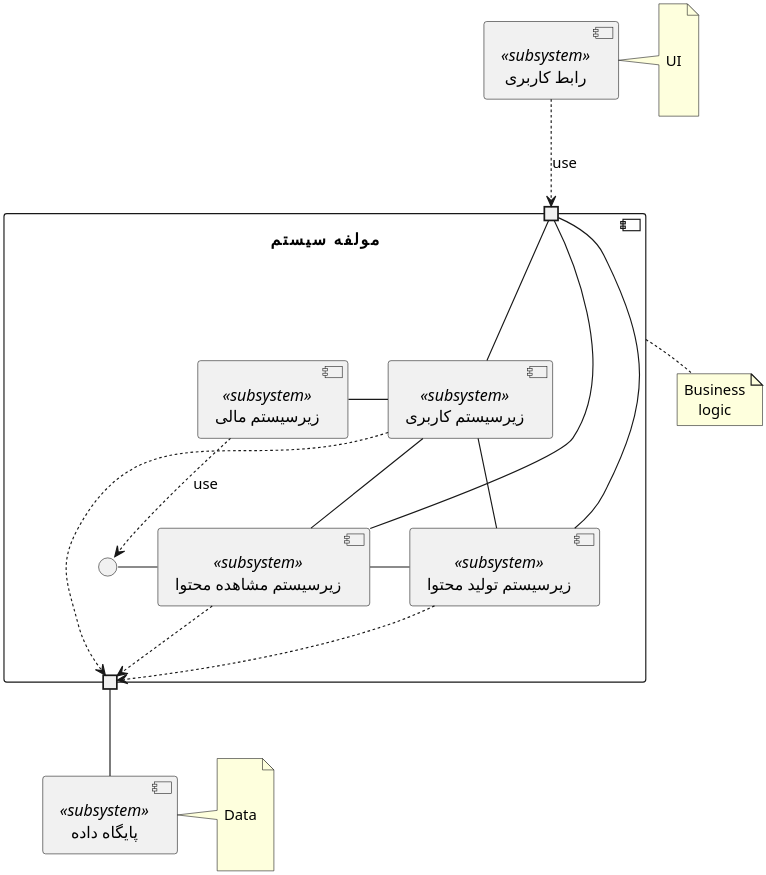
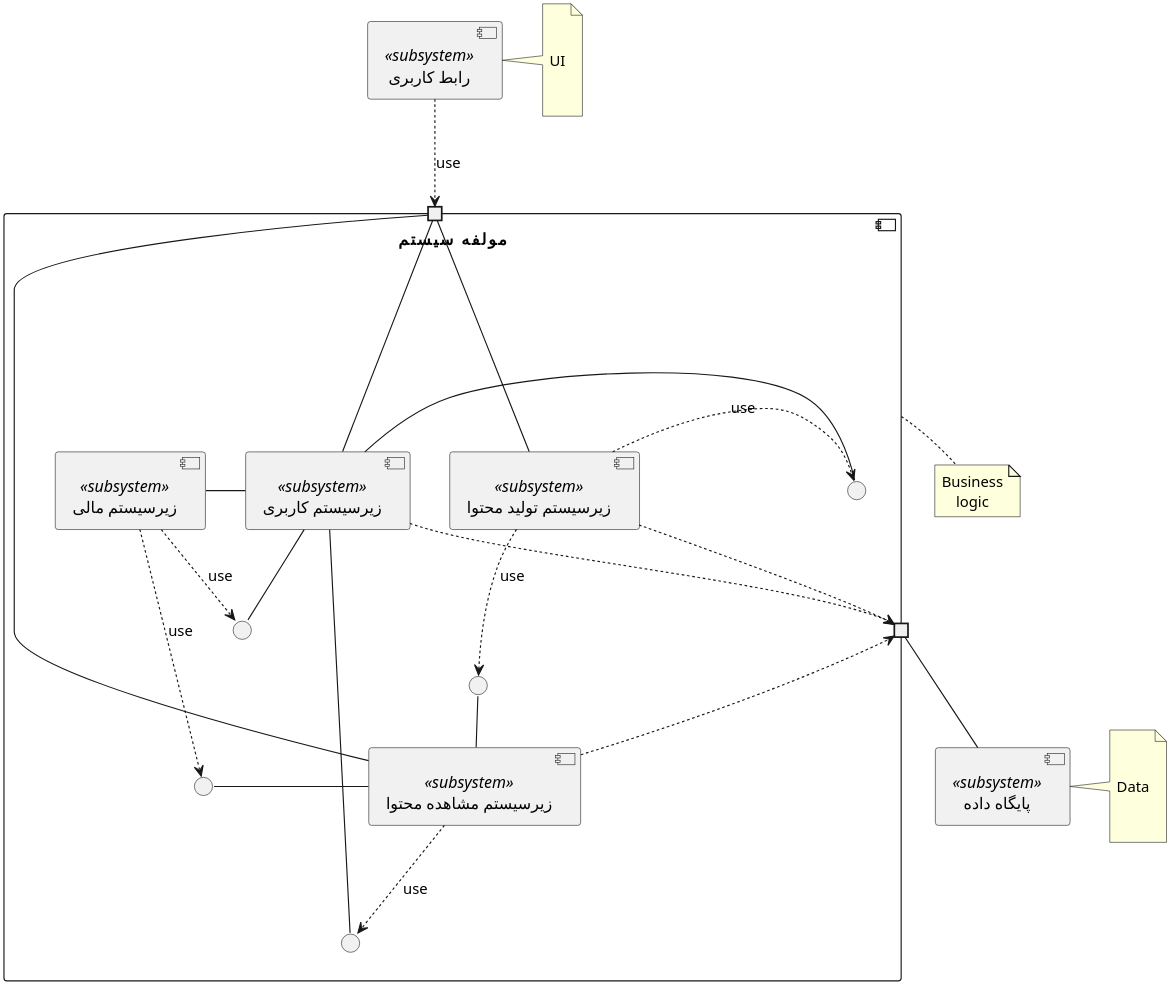
One commit to soleyman79/Qasedak changed the diagram in Diagrams/Component/component.puml. Above: the diagram before and after it, drawn with PlantUML.

Commit message:
Update component diagram with new interfaces

```diff
--- a/Diagrams/Component/component.puml
+++ b/Diagrams/Component/component.puml
@@ -1,67 +1,79 @@
 @startuml component
 
 
 scale 3
 skinparam DefaultFontName Vazir
 skinparam DefaultTextAlignment center
 
 
 component "مولفه سیستم" as modelComp {
     component "زیرسیستم کاربری" <<subsystem>> as userComp
     component "زیرسیستم تولید محتوا" <<subsystem>> as produceComp
     component "زیرسیستم مشاهده محتوا" <<subsystem>> as viewComp
     component "زیرسیستم مالی" <<subsystem>> as financialComp
 
     interface " " as viewFinanInt
+    interface " " as viewProdInt
+    interface " " as viewUserInt
+    interface " " as userProdInt
+    interface " " as userfinanInt
 
     portin " " as p1
     portout " " as p2
 }
 
 component "رابط کاربری" <<subsystem>> as ui
 component "پایگاه داده" <<subsystem>> as db
 
 note right of ui
 
 
                 UI
 
 
 end note
 
 note right of modelComp
 Business
 logic
 end note
 
 note right of db
 
 
                 Data
 
 
 end note
 
 
 userComp - financialComp
 
-financialComp ..> viewFinanInt : use
+financialComp ...> viewFinanInt : use
 viewFinanInt - viewComp
+produceComp ..> viewProdInt : use
+viewProdInt - viewComp
+viewComp ..> viewUserInt : use
+viewUserInt - userComp
+produceComp .> userProdInt : use
+userProdInt - userComp
+financialComp ..> userfinanInt : use
+userfinanInt - userComp
 
 produceComp -- p1
 userComp -- p1
 viewComp -- p1
 
 ui ..> p1 : use
 
 p2 -- db
 
 userComp ..> p2
 produceComp ..> p2
 viewComp ..> p2
 
-userComp -- produceComp
-userComp -- viewComp
-produceComp - viewComp
+' userComp -- produceComp
+' userComp -- viewComp
+' produceComp - viewComp
 
 @enduml
```
